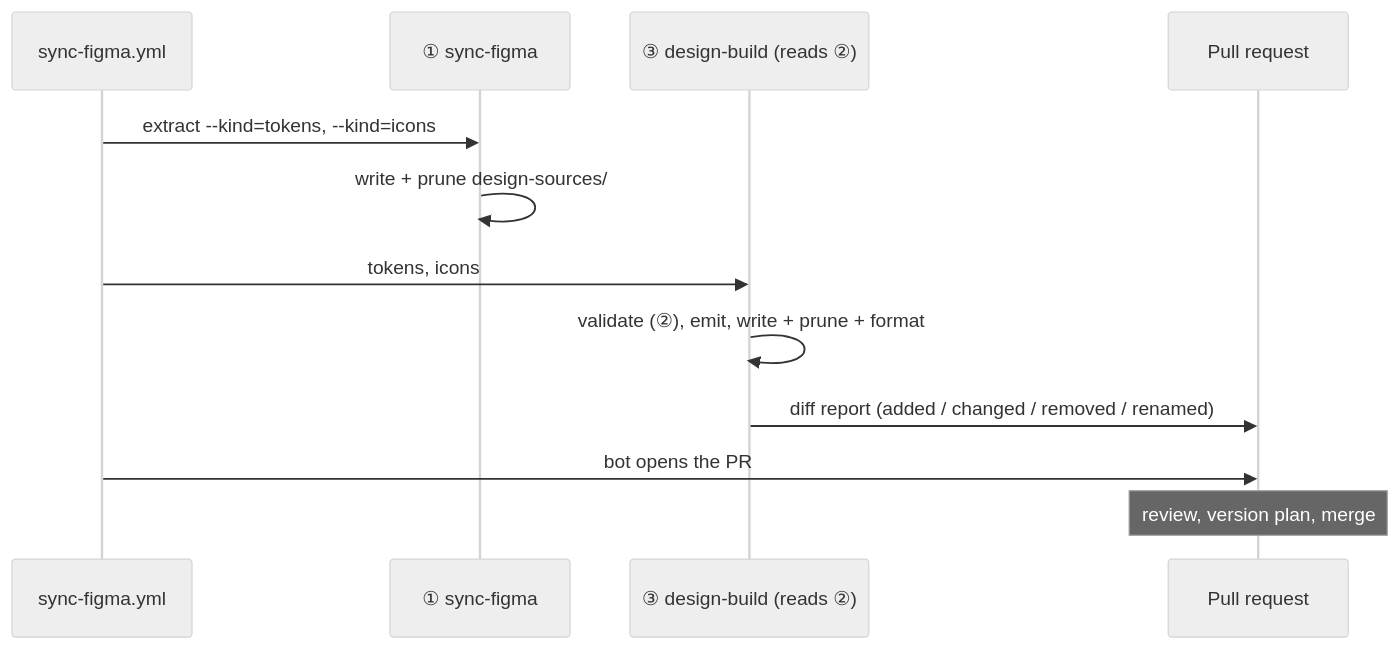
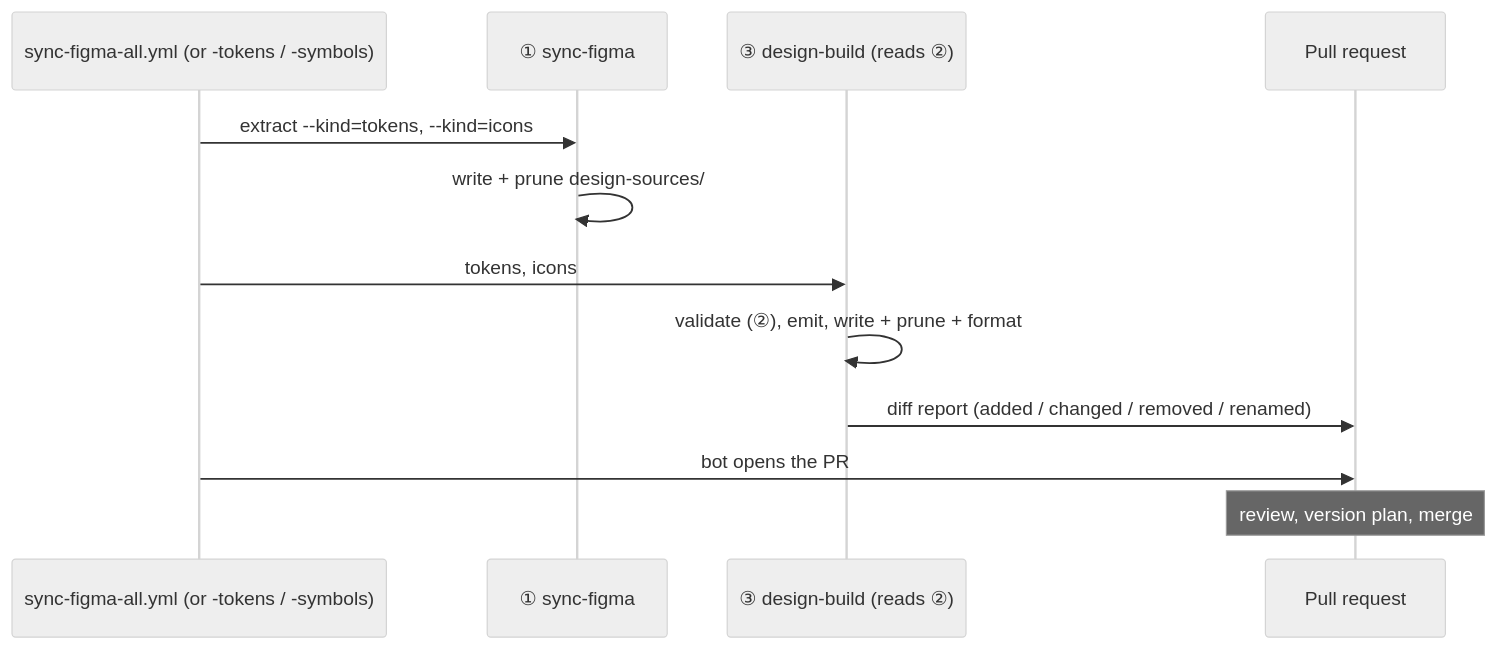
Before and after one commit to LedgerHQ/lumen: the third of 5 diagrams in docs/adr/0003-design-pipeline.md, drawn with Mermaid (neutral theme). The commit also changed other lines of this file, not shown here.

Commit message:
docs(adr): split the Figma sync workflow into tokens, symbols and all

````diff
--- a/docs/adr/0003-design-pipeline.md
+++ b/docs/adr/0003-design-pipeline.md
@@ -323,14 +323,14 @@
 ```mermaid
 sequenceDiagram
-  participant WF as sync-figma.yml
+  participant WF as sync-figma-all.yml (or -tokens / -symbols)
   participant S1 as ① sync-figma
   participant S3 as ③ design-build (reads ②)
   participant PR as Pull request
   WF->>S1: extract --kind=tokens, --kind=icons
   S1->>S1: write + prune design-sources/
   WF->>S3: tokens, icons
   S3->>S3: validate (②), emit, write + prune + format
   S3->>PR: diff report (added / changed / removed / renamed)
   WF->>PR: bot opens the PR
   Note over PR: review, version plan, merge
 ```
````
